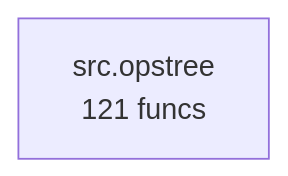
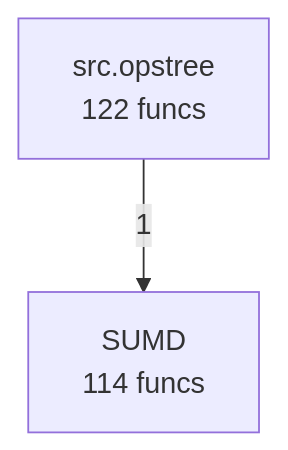
The diagram in project/compact_flow.mmd (semcod/op3), drawn with Mermaid before and after one commit. The commit also changed 28 other files, not shown here.

```diff
--- a/project/compact_flow.mmd
+++ b/project/compact_flow.mmd
@@ -1,2 +1,4 @@
 flowchart TD
-    src__opstree["src.opstree<br/>121 funcs"]
+    SUMD["SUMD<br/>114 funcs"]
+    src__opstree["src.opstree<br/>122 funcs"]
+    src__opstree -->|1| SUMD
```
